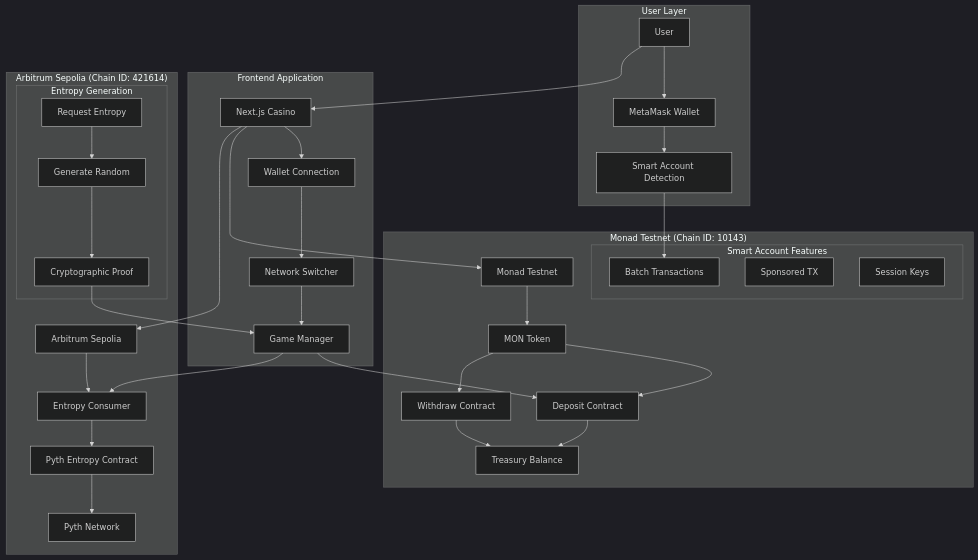
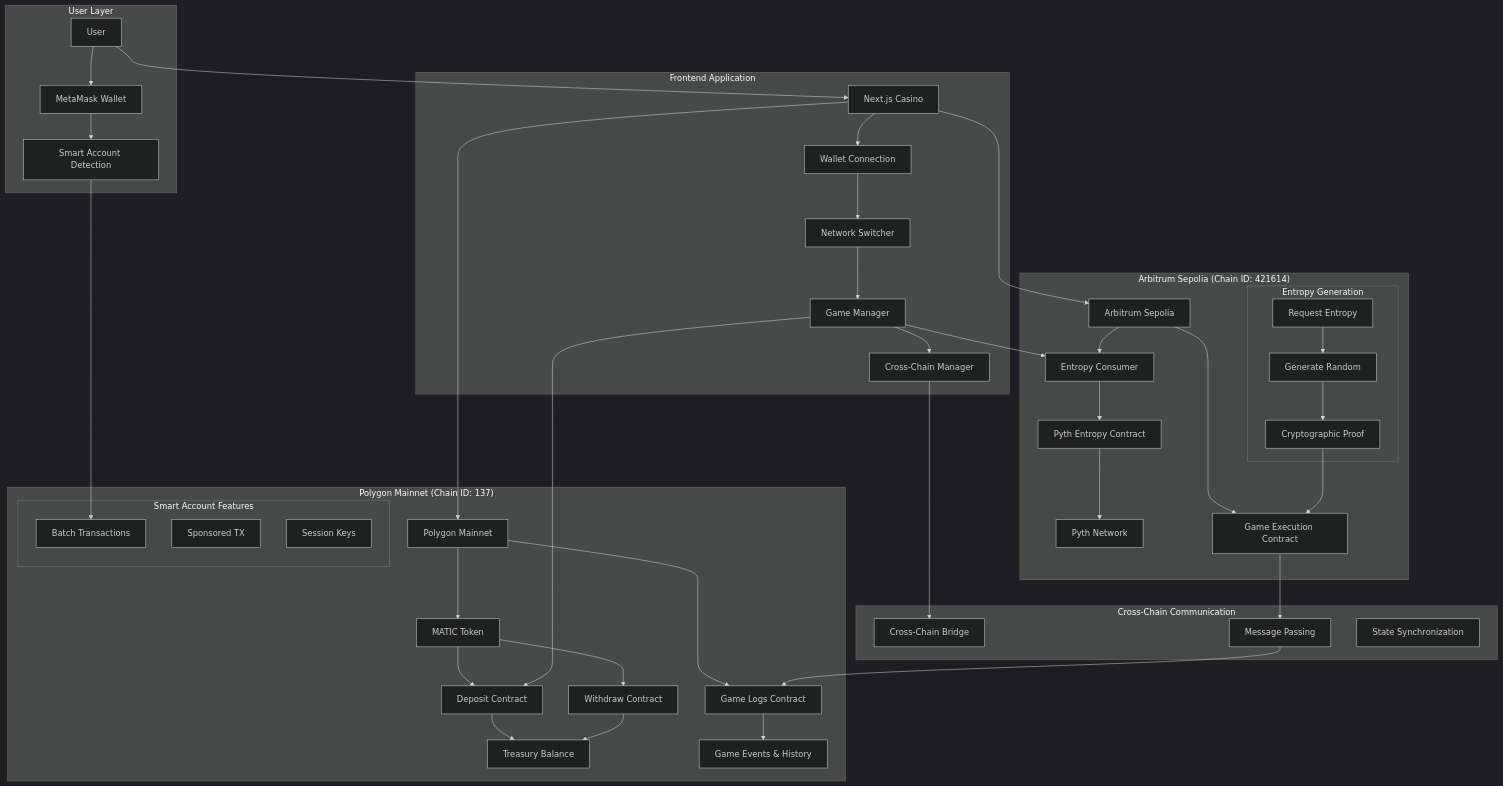
The fifth of 23 diagrams in MERMAID_DIAGRAMS.md (AmaanSayyad/APT-Casino-Polygon), drawn with Mermaid (dark theme) before and after one commit. The commit also changed other lines of this file, not shown here.

````diff
--- a/MERMAID_DIAGRAMS.md
+++ b/MERMAID_DIAGRAMS.md
@@ -164,49 +169,62 @@
 ```mermaid
 graph TB
     subgraph User["User Layer"]
         U[User] --> W[MetaMask Wallet]
         W --> SA[Smart Account Detection]
     end
     
     subgraph Frontend["Frontend Application"]
         F[Next.js Casino] --> WC[Wallet Connection]
         WC --> NS[Network Switcher]
         NS --> GM[Game Manager]
+        GM --> CM[Cross-Chain Manager]
     end
     
-    subgraph MonadNet["Monad Testnet (Chain ID: 10143)"]
-        MT[Monad Testnet] --> MON[MON Token]
-        MON --> DEP[Deposit Contract]
-        MON --> WITH[Withdraw Contract]
+    subgraph PolygonNet["Polygon Mainnet (Chain ID: 137)"]
+        POL[Polygon Mainnet] --> MATIC[MATIC Token]
+        MATIC --> DEP[Deposit Contract]
+        MATIC --> WITH[Withdraw Contract]
         DEP --> TB[Treasury Balance]
         WITH --> TB
+        POL --> LOGS[Game Logs Contract]
+        LOGS --> EVENTS[Game Events & History]
         
         subgraph SmartAccount["Smart Account Features"]
             BATCH[Batch Transactions]
             SPONSOR[Sponsored TX]
             SESSION[Session Keys]
         end
     end
     
     subgraph ArbitrumNet["Arbitrum Sepolia (Chain ID: 421614)"]
         AS[Arbitrum Sepolia] --> EC[Entropy Consumer]
         EC --> PE[Pyth Entropy Contract]
         PE --> PN[Pyth Network]
+        AS --> GAME[Game Execution Contract]
         
         subgraph EntropyFlow["Entropy Generation"]
             REQ[Request Entropy]
             GEN[Generate Random]
             PROOF[Cryptographic Proof]
         end
     end
     
+    subgraph CrossChain["Cross-Chain Communication"]
+        CC[Cross-Chain Bridge]
+        MSG[Message Passing]
+        SYNC[State Synchronization]
+    end
+    
     U --> F
-    F --> MT
+    F --> POL
     F --> AS
     GM --> DEP
     GM --> EC
+    CM --> CC
     SA --> BATCH
     REQ --> GEN
     GEN --> PROOF
-    PROOF --> GM
+    PROOF --> GAME
+    GAME --> MSG
+    MSG --> LOGS
 ```
````
